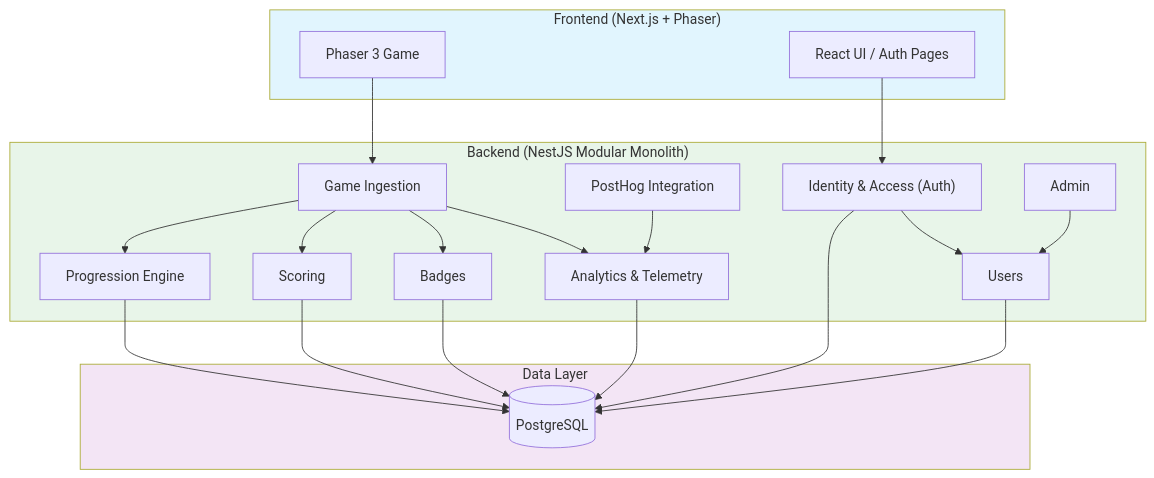
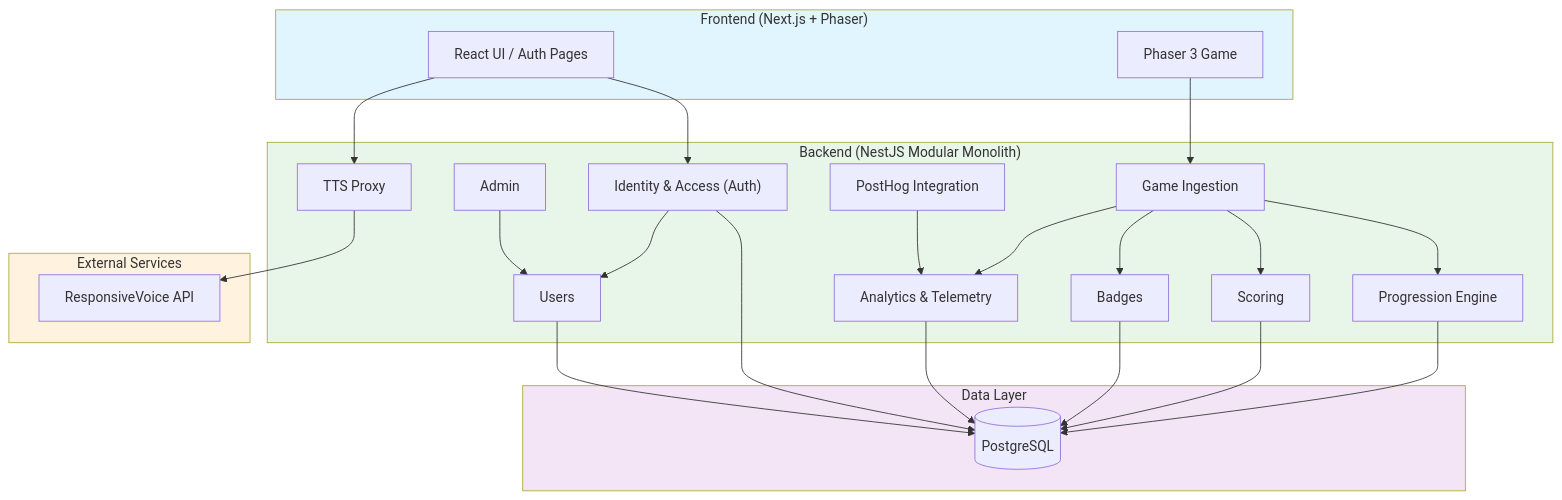
The diagram in docs/ARCHITECTURE.md (Labs-de-Games/guardiao-da-cultura), drawn with Mermaid before and after one commit. The commit also changed other lines of this file, not shown here.

First line of the commit message:
docs: add TTS module to ARCHITECTURE.md

````diff
--- a/docs/ARCHITECTURE.md
+++ b/docs/ARCHITECTURE.md
@@ -56,43 +57,51 @@
 ```mermaid
 flowchart TB
     subgraph Frontend["Frontend (Next.js + Phaser)"]
         UI["React UI / Auth Pages"]
         Game["Phaser 3 Game"]
     end
 
     subgraph Backend["Backend (NestJS Modular Monolith)"]
         Auth["Identity & Access (Auth)"]
         Users["Users"]
         GameBE["Game Ingestion"]
         Progression["Progression Engine"]
         Scoring["Scoring"]
         Badges["Badges"]
         Analytics["Analytics & Telemetry"]
         PostHogBE["PostHog Integration"]
         Admin["Admin"]
+        TTS["TTS Proxy"]
+    end
+
+    subgraph External["External Services"]
+        ExternalRV["ResponsiveVoice API"]
     end
 
     subgraph Data["Data Layer"]
         DB[(PostgreSQL)]
     end
 
     UI --> Auth
     Game --> GameBE
+    UI --> TTS
     GameBE --> Progression
     GameBE --> Scoring
     GameBE --> Badges
     GameBE --> Analytics
     Auth --> Users
     Admin --> Users
+    TTS --> ExternalRV
     Progression --> DB
     Scoring --> DB
     Badges --> DB
     Analytics --> DB
     Auth --> DB
     Users --> DB
     PostHogBE --> Analytics
 
     style Frontend fill:#e1f5fe
     style Backend fill:#e8f5e9
     style Data fill:#f3e5f5
+    style External fill:#fff3e0
 ```
````
